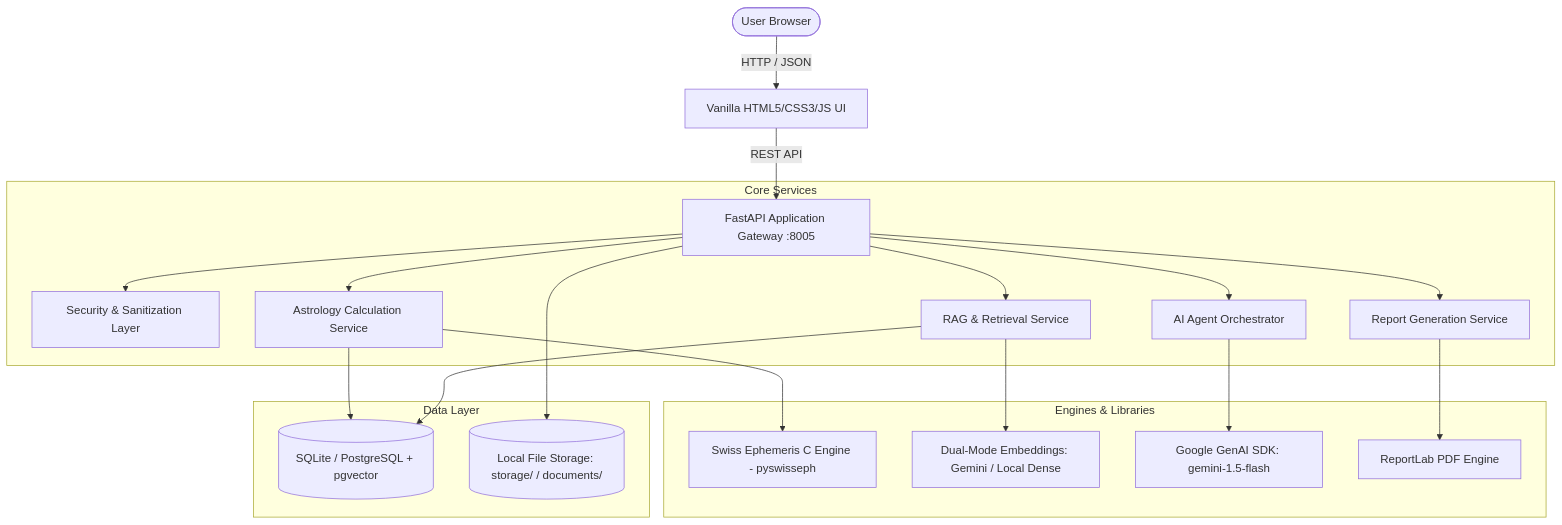
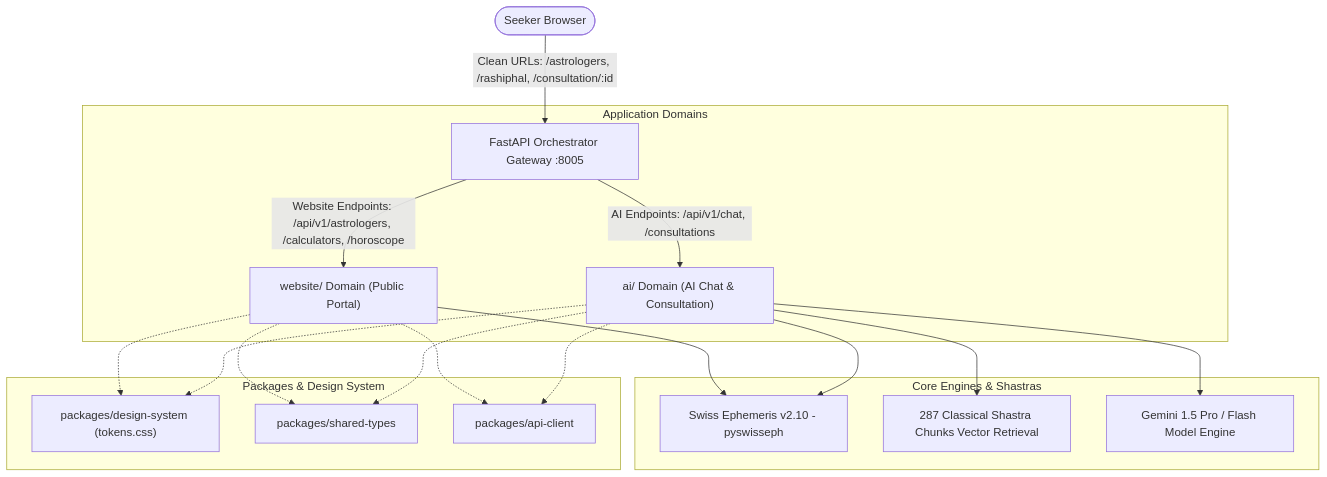
Before and after one commit to withsatya00/Astro-AI: the diagram in ARCHITECTURE.md, drawn with Mermaid. The commit also changed other lines of this file and 741 other files, not shown here.

Commit message:
feat: complete Astro Jyotish modular UI refactoring, astrologer platform, and AI consultation gateway

````diff
--- a/ARCHITECTURE.md
+++ b/ARCHITECTURE.md
@@ -7,26 +12,25 @@
 ```mermaid
 graph TD
-    User([User Browser]) -->|HTTP / JSON| Frontend[Vanilla HTML5/CSS3/JS UI]
-    Frontend -->|REST API| FastAPI[FastAPI Application Gateway :8005]
+    User([Seeker Browser]) -->|Clean URLs: /astrologers, /rashiphal, /consultation/:id| Gateway[FastAPI Orchestrator Gateway :8005]
     
-    subgraph Core Services
-        FastAPI --> AuthSec[Security & Sanitization Layer]
-        FastAPI --> AstroSvc[Astrology Calculation Service]
-        FastAPI --> RAGSvc[RAG & Retrieval Service]
-        FastAPI --> AgentOrch[AI Agent Orchestrator]
-        FastAPI --> RepSvc[Report Generation Service]
+    subgraph "Application Domains"
+        Gateway -->|AI Endpoints: /api/v1/chat, /consultations| AIDomain["ai/ Domain (AI Chat & Consultation)"]
+        Gateway -->|Website Endpoints: /api/v1/astrologers, /calculators, /horoscope| WebDomain["website/ Domain (Public Portal)"]
     end
 
-    subgraph Engines & Libraries
-        AstroSvc --> SwissEph[Swiss Ephemeris C Engine - pyswisseph]
-        RAGSvc --> Embeddings[Dual-Mode Embeddings: Gemini / Local Dense]
-        AgentOrch --> GenAI[Google GenAI SDK: gemini-1.5-flash]
-        RepSvc --> ReportLab[ReportLab PDF Engine]
+    subgraph "Packages & Design System"
+        AIDomain -.-> Tokens["packages/design-system (tokens.css)"]
+        WebDomain -.-> Tokens
+        AIDomain -.-> Types["packages/shared-types"]
+        WebDomain -.-> Types
+        AIDomain -.-> Client["packages/api-client"]
+        WebDomain -.-> Client
     end
 
-    subgraph Data Layer
-        AstroSvc --> DB[(SQLite / PostgreSQL + pgvector)]
-        RAGSvc --> DB
-        FastAPI --> Storage[(Local File Storage: storage/ / documents/)]
+    subgraph "Core Engines & Shastras"
+        AIDomain --> SwissEph[Swiss Ephemeris v2.10 - pyswisseph]
+        AIDomain --> RAG[287 Classical Shastra Chunks Vector Retrieval]
+        AIDomain --> Gemini[Gemini 1.5 Pro / Flash Model Engine]
+        WebDomain --> SwissEph
     end
 ```
````
